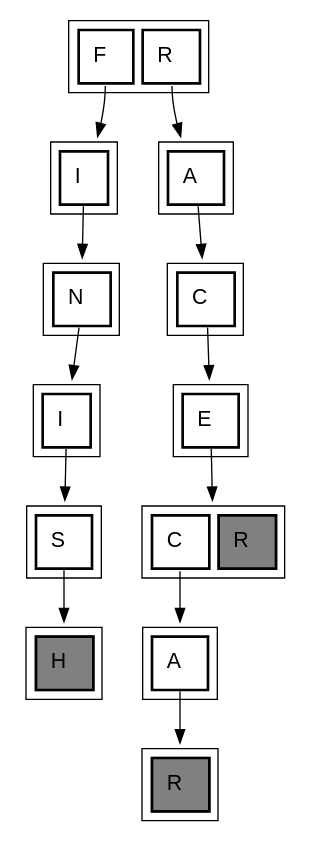
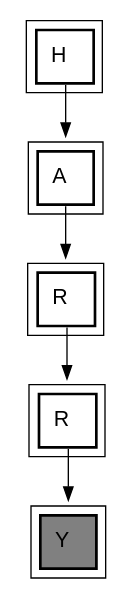
The diagram in build/trie.dot (samsepi0x0/trie-visualize), drawn with Graphviz before and after one commit. The commit also changed 3 other files, not shown here.

```diff
--- a/build/trie.dot
+++ b/build/trie.dot
@@ -1,159 +1,73 @@
 digraph g { 
 
 fontname = "Helvetica, Arial, sans-serif"
 node [fontname = "Helvetica, Arial, sans-serif"] 
 edge [fontname = "Helvetica, Arial, sans-serif"] 
 graph [nodesep=0.2, ranksep=0.4];
 graph [rankdir = "TB"]; 
 node [ 
 	fontsize = "12"
 	shape = "ellipse"
 ]; 
 edge []; 
-"node10" [ 
+"node4" [ 
+	shape = "plaintext"
+	fontsize = "16"
+	label = <
+		<TABLE CELLPADDING="10" BORDER="1" CELLBORDER="2" CELLSPACING="5">
+		<TR>
+			<TD ALIGN="CENTER" VALIGN="MIDDLE" PORT = "f24" BGCOLOR="gray"> Y </TD>
+		</TR>
+		</TABLE>
+	>
+]
+"node3" [ 
+	shape = "plaintext"
+	fontsize = "16"
+	label = <
+		<TABLE CELLPADDING="10" BORDER="1" CELLBORDER="2" CELLSPACING="5">
+		<TR>
+			<TD ALIGN="CENTER" VALIGN="MIDDLE" PORT = "f17"> R </TD>
+		</TR>
+		</TABLE>
+	>
+]
+"node2" [ 
+	shape = "plaintext"
+	fontsize = "16"
+	label = <
+		<TABLE CELLPADDING="10" BORDER="1" CELLBORDER="2" CELLSPACING="5">
+		<TR>
+			<TD ALIGN="CENTER" VALIGN="MIDDLE" PORT = "f17"> R </TD>
+		</TR>
+		</TABLE>
+	>
+]
+"node1" [ 
 	shape = "plaintext"
 	fontsize = "16"
 	label = <
 		<TABLE CELLPADDING="10" BORDER="1" CELLBORDER="2" CELLSPACING="5">
 		<TR>
 			<TD ALIGN="CENTER" VALIGN="MIDDLE" PORT = "f0"> A </TD>
 		</TR>
 		</TABLE>
 	>
 ]
-"node9" [ 
-	shape = "plaintext"
-	fontsize = "16"
-	label = <
-		<TABLE CELLPADDING="10" BORDER="1" CELLBORDER="2" CELLSPACING="5">
-		<TR>
-			<TD ALIGN="CENTER" VALIGN="MIDDLE" PORT = "f7" BGCOLOR="gray"> H </TD>
-		</TR>
-		</TABLE>
-	>
-]
-"node8" [ 
-	shape = "plaintext"
-	fontsize = "16"
-	label = <
-		<TABLE CELLPADDING="10" BORDER="1" CELLBORDER="2" CELLSPACING="5">
-		<TR>
-			<TD ALIGN="CENTER" VALIGN="MIDDLE" PORT = "f2"> C </TD>
-			<TD ALIGN="CENTER" VALIGN="MIDDLE" PORT = "f17" BGCOLOR="gray"> R </TD>
-		</TR>
-		</TABLE>
-	>
-]
-"node7" [ 
-	shape = "plaintext"
-	fontsize = "16"
-	label = <
-		<TABLE CELLPADDING="10" BORDER="1" CELLBORDER="2" CELLSPACING="5">
-		<TR>
-			<TD ALIGN="CENTER" VALIGN="MIDDLE" PORT = "f18"> S </TD>
-		</TR>
-		</TABLE>
-	>
-]
-"node6" [ 
-	shape = "plaintext"
-	fontsize = "16"
-	label = <
-		<TABLE CELLPADDING="10" BORDER="1" CELLBORDER="2" CELLSPACING="5">
-		<TR>
-			<TD ALIGN="CENTER" VALIGN="MIDDLE" PORT = "f4"> E </TD>
-		</TR>
-		</TABLE>
-	>
-]
-"node5" [ 
-	shape = "plaintext"
-	fontsize = "16"
-	label = <
-		<TABLE CELLPADDING="10" BORDER="1" CELLBORDER="2" CELLSPACING="5">
-		<TR>
-			<TD ALIGN="CENTER" VALIGN="MIDDLE" PORT = "f8"> I </TD>
-		</TR>
-		</TABLE>
-	>
-]
-"node4" [ 
-	shape = "plaintext"
-	fontsize = "16"
-	label = <
-		<TABLE CELLPADDING="10" BORDER="1" CELLBORDER="2" CELLSPACING="5">
-		<TR>
-			<TD ALIGN="CENTER" VALIGN="MIDDLE" PORT = "f2"> C </TD>
-		</TR>
-		</TABLE>
-	>
-]
-"node3" [ 
-	shape = "plaintext"
-	fontsize = "16"
-	label = <
-		<TABLE CELLPADDING="10" BORDER="1" CELLBORDER="2" CELLSPACING="5">
-		<TR>
-			<TD ALIGN="CENTER" VALIGN="MIDDLE" PORT = "f13"> N </TD>
-		</TR>
-		</TABLE>
-	>
-]
-"node2" [ 
-	shape = "plaintext"
-	fontsize = "16"
-	label = <
-		<TABLE CELLPADDING="10" BORDER="1" CELLBORDER="2" CELLSPACING="5">
-		<TR>
-			<TD ALIGN="CENTER" VALIGN="MIDDLE" PORT = "f0"> A </TD>
-		</TR>
-		</TABLE>
-	>
-]
-"node1" [ 
-	shape = "plaintext"
-	fontsize = "16"
-	label = <
-		<TABLE CELLPADDING="10" BORDER="1" CELLBORDER="2" CELLSPACING="5">
-		<TR>
-			<TD ALIGN="CENTER" VALIGN="MIDDLE" PORT = "f8"> I </TD>
-		</TR>
-		</TABLE>
-	>
-]
-"node13" [ 
-	shape = "plaintext"
-	fontsize = "16"
-	label = <
-		<TABLE CELLPADDING="10" BORDER="1" CELLBORDER="2" CELLSPACING="5">
-		<TR>
-			<TD ALIGN="CENTER" VALIGN="MIDDLE" PORT = "f17" BGCOLOR="gray"> R </TD>
-		</TR>
-		</TABLE>
-	>
-]
 "node0" [ 
 	shape = "plaintext"
 	fontsize = "16"
 	label = <
 		<TABLE CELLPADDING="10" BORDER="1" CELLBORDER="2" CELLSPACING="5">
 		<TR>
-			<TD ALIGN="CENTER" VALIGN="MIDDLE" PORT = "f5"> F </TD>
-			<TD ALIGN="CENTER" VALIGN="MIDDLE" PORT = "f17"> R </TD>
+			<TD ALIGN="CENTER" VALIGN="MIDDLE" PORT = "f7"> H </TD>
 		</TR>
 		</TABLE>
 	>
 ]
-"node0":f5 -> "node1" [ id = 0 ];
-"node0":f17 -> "node2" [ id = 1 ];
-"node1":f8 -> "node3" [ id = 2 ];
-"node2":f0 -> "node4" [ id = 3 ];
-"node3":f13 -> "node5" [ id = 4 ];
-"node4":f2 -> "node6" [ id = 5 ];
-"node5":f8 -> "node7" [ id = 6 ];
-"node6":f4 -> "node8" [ id = 7 ];
-"node7":f18 -> "node9" [ id = 8 ];
-"node8":f2 -> "node10" [ id = 9 ];
-"node10":f0 -> "node13" [ id = 10 ];
+"node0":f7 -> "node1" [ id = 0 ];
+"node1":f0 -> "node2" [ id = 1 ];
+"node2":f17 -> "node3" [ id = 2 ];
+"node3":f17 -> "node4" [ id = 3 ];
 
 }
```
